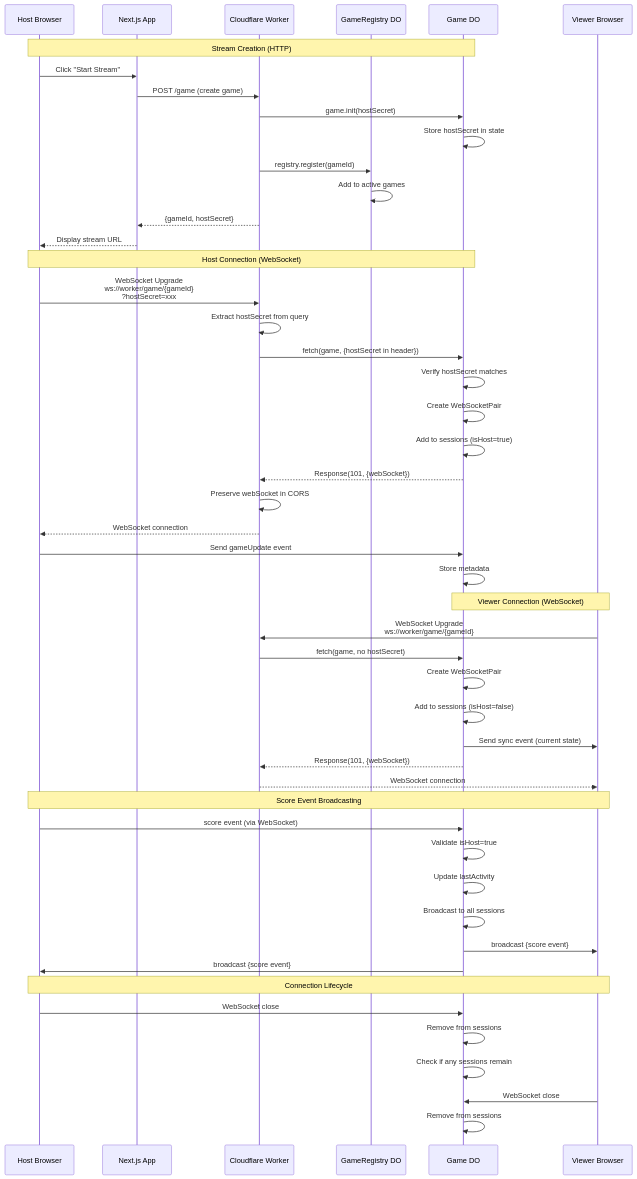
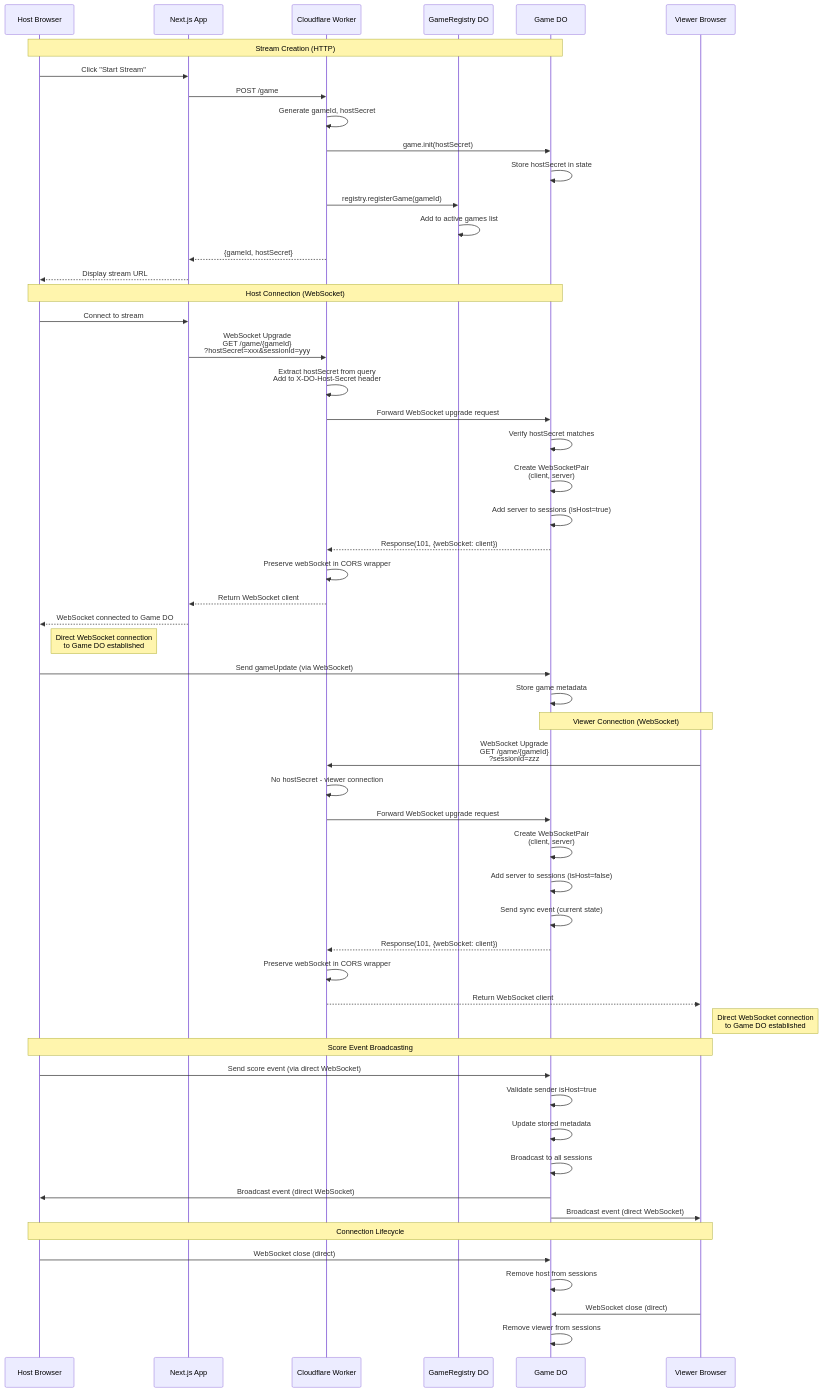
The diagram in docs/live-stream.md (lukaspanni/darts-counter), drawn with Mermaid before and after one commit. The commit also changed other lines of this file, not shown here.

Commit message:
Fix sequence diagram to accurately reflect WebSocket architecture

````diff
--- a/docs/live-stream.md
+++ b/docs/live-stream.md
@@ -134,56 +134,62 @@
 ```mermaid
 sequenceDiagram
     participant Host as Host Browser
     participant App as Next.js App
     participant Worker as Cloudflare Worker
     participant Registry as GameRegistry DO
     participant Game as Game DO
     participant Viewer as Viewer Browser
 
     Note over Host,Game: Stream Creation (HTTP)
     Host->>App: Click "Start Stream"
-    App->>Worker: POST /game (create game)
+    App->>Worker: POST /game
+    Worker->>Worker: Generate gameId, hostSecret
     Worker->>Game: game.init(hostSecret)
     Game->>Game: Store hostSecret in state
-    Worker->>Registry: registry.register(gameId)
-    Registry->>Registry: Add to active games
+    Worker->>Registry: registry.registerGame(gameId)
+    Registry->>Registry: Add to active games list
     Worker-->>App: {gameId, hostSecret}
     App-->>Host: Display stream URL
 
     Note over Host,Game: Host Connection (WebSocket)
-    Host->>Worker: WebSocket Upgrade<br/>ws://worker/game/{gameId}<br/>?hostSecret=xxx
-    Worker->>Worker: Extract hostSecret from query
-    Worker->>Game: fetch(game, {hostSecret in header})
+    Host->>App: Connect to stream
+    App->>Worker: WebSocket Upgrade<br/>GET /game/{gameId}<br/>?hostSecret=xxx&sessionId=yyy
+    Worker->>Worker: Extract hostSecret from query<br/>Add to X-DO-Host-Secret header
+    Worker->>Game: Forward WebSocket upgrade request
     Game->>Game: Verify hostSecret matches
-    Game->>Game: Create WebSocketPair
-    Game->>Game: Add to sessions (isHost=true)
-    Game-->>Worker: Response(101, {webSocket})
-    Worker->>Worker: Preserve webSocket in CORS
-    Worker-->>Host: WebSocket connection
-    Host->>Game: Send gameUpdate event
-    Game->>Game: Store metadata
+    Game->>Game: Create WebSocketPair<br/>(client, server)
+    Game->>Game: Add server to sessions (isHost=true)
+    Game-->>Worker: Response(101, {webSocket: client})
+    Worker->>Worker: Preserve webSocket in CORS wrapper
+    Worker-->>App: Return WebSocket client
+    App-->>Host: WebSocket connected to Game DO
+    Note right of Host: Direct WebSocket connection<br/>to Game DO established
+    Host->>Game: Send gameUpdate (via WebSocket)
+    Game->>Game: Store game metadata
 
     Note over Viewer,Game: Viewer Connection (WebSocket)
-    Viewer->>Worker: WebSocket Upgrade<br/>ws://worker/game/{gameId}
-    Worker->>Game: fetch(game, no hostSecret)
-    Game->>Game: Create WebSocketPair
-    Game->>Game: Add to sessions (isHost=false)
-    Game->>Viewer: Send sync event (current state)
-    Game-->>Worker: Response(101, {webSocket})
-    Worker-->>Viewer: WebSocket connection
+    Viewer->>Worker: WebSocket Upgrade<br/>GET /game/{gameId}<br/>?sessionId=zzz
+    Worker->>Worker: No hostSecret - viewer connection
+    Worker->>Game: Forward WebSocket upgrade request
+    Game->>Game: Create WebSocketPair<br/>(client, server)
+    Game->>Game: Add server to sessions (isHost=false)
+    Game->>Game: Send sync event (current state)
+    Game-->>Worker: Response(101, {webSocket: client})
+    Worker->>Worker: Preserve webSocket in CORS wrapper
+    Worker-->>Viewer: Return WebSocket client
+    Note right of Viewer: Direct WebSocket connection<br/>to Game DO established
 
     Note over Host,Viewer: Score Event Broadcasting
-    Host->>Game: score event (via WebSocket)
-    Game->>Game: Validate isHost=true
-    Game->>Game: Update lastActivity
+    Host->>Game: Send score event (via direct WebSocket)
+    Game->>Game: Validate sender isHost=true
+    Game->>Game: Update stored metadata
     Game->>Game: Broadcast to all sessions
-    Game->>Viewer: broadcast {score event}
-    Game->>Host: broadcast {score event}
+    Game->>Host: Broadcast event (direct WebSocket)
+    Game->>Viewer: Broadcast event (direct WebSocket)
 
     Note over Host,Viewer: Connection Lifecycle
-    Host->>Game: WebSocket close
-    Game->>Game: Remove from sessions
-    Game->>Game: Check if any sessions remain
-    Viewer->>Game: WebSocket close
-    Game->>Game: Remove from sessions
+    Host->>Game: WebSocket close (direct)
+    Game->>Game: Remove host from sessions
+    Viewer->>Game: WebSocket close (direct)
+    Game->>Game: Remove viewer from sessions
 ```
````
